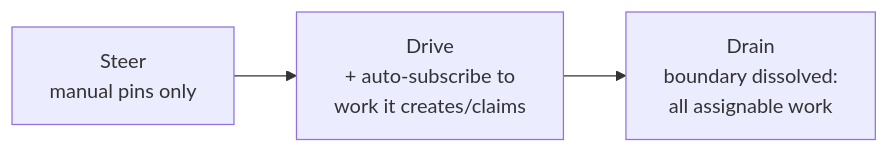
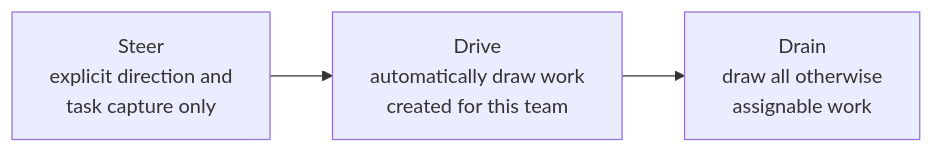
Diagram 19 of 25 in docs/product/value.md (infimalabs/spice-rust), drawn with Mermaid before and after one commit. The commit also changed other lines of this file and 76 other files, not shown here.

Commit message:
task: Route Drive work by creator team ALLOCAT-dS8cvNplX

````diff
--- a/docs/product/value.md
+++ b/docs/product/value.md
@@ -496,5 +496,5 @@
 ```mermaid
 flowchart LR
-  S["Steer<br/>manual pins only"] --> D["Drive<br/>+ auto-subscribe to<br/>work it creates/claims"]
-  D --> R["Drain<br/>boundary dissolved:<br/>all assignable work"]
+  S["Steer<br/>explicit direction and<br/>task capture only"] --> D["Drive<br/>automatically draw work<br/>created for this team"]
+  D --> R["Drain<br/>draw all otherwise<br/>assignable work"]
 ```
````
